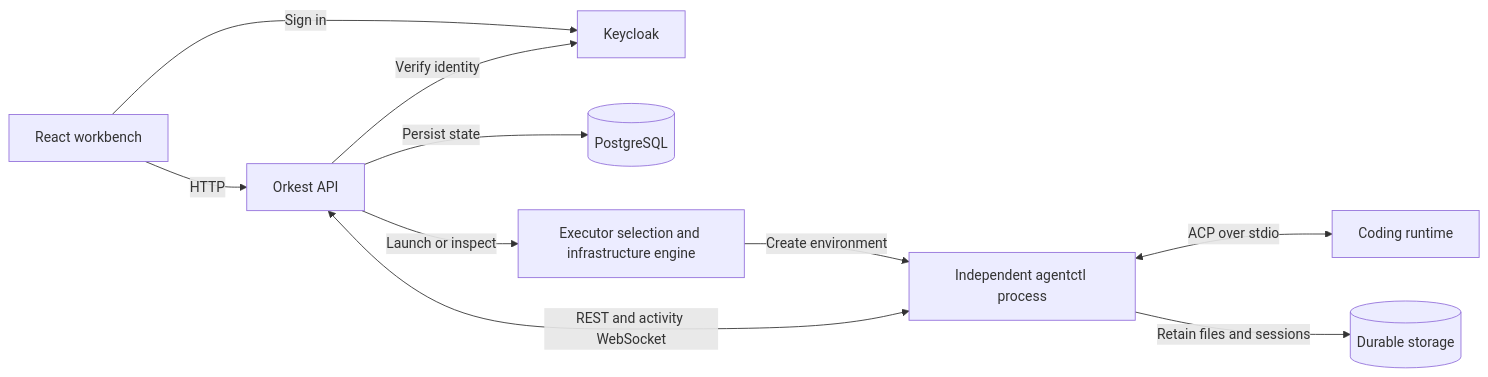
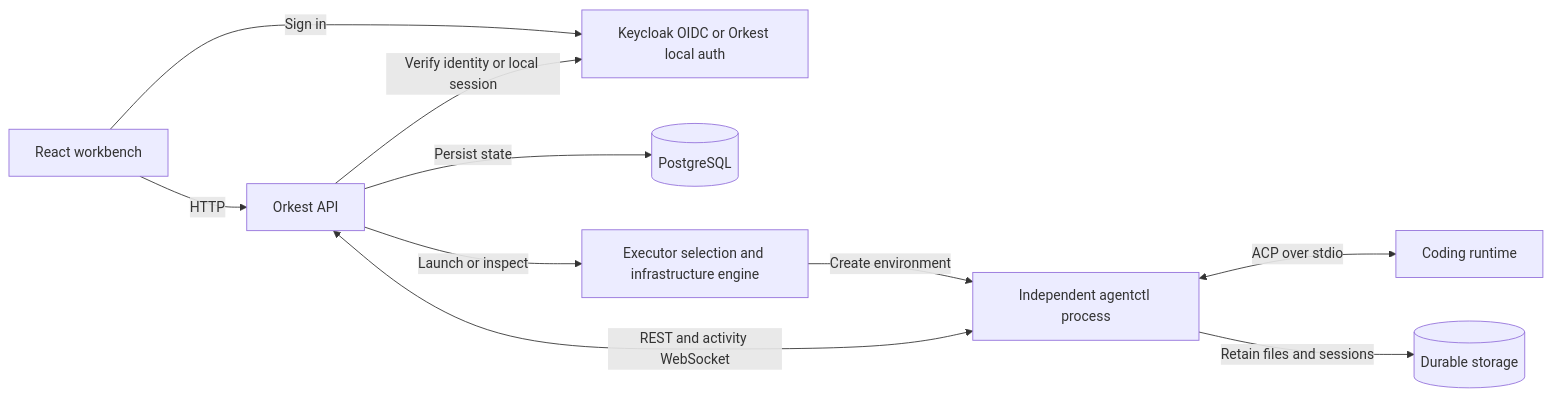
One commit to josemiguelmelo/orkest changed the first of 3 diagrams in docs/architecture.md. Above: the diagram before and after it, drawn with Mermaid. The commit also changed other lines of this file and 46 other files, not shown here.

First line of the commit message:
feat(auth): add provisioned local password sign-in (#116)

````diff
--- a/docs/architecture.md
+++ b/docs/architecture.md
@@ -52,12 +52,12 @@
 ```mermaid
 flowchart LR
     UI[React workbench] -->|HTTP| API[Orkest API]
-    UI -->|Sign in| Auth[Keycloak]
-    API -->|Verify identity| Auth
+    UI -->|Sign in| Auth[Keycloak OIDC or Orkest local auth]
+    API -->|Verify identity or local session| Auth
     API -->|Persist state| DB[(PostgreSQL)]
     API -->|Launch or inspect| Executor[Executor selection and infrastructure engine]
     Executor -->|Create environment| Worker[Independent agentctl process]
     API <-->|REST and activity WebSocket| Worker
     Worker <-->|ACP over stdio| Runtime[Coding runtime]
     Worker -->|Retain files and sessions| Storage[(Durable storage)]
 ```
````
